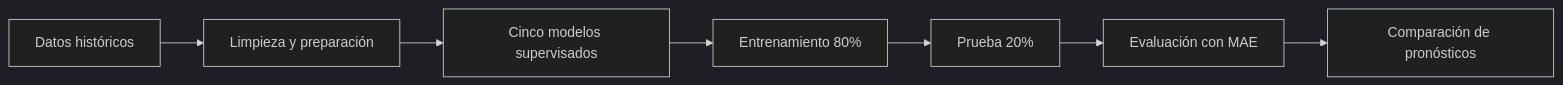
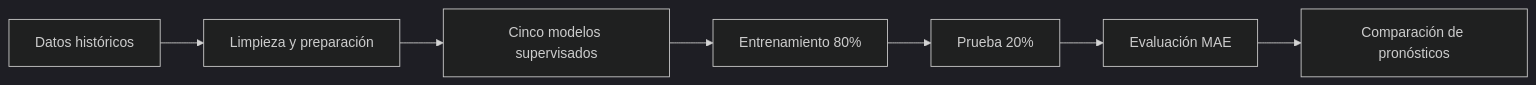
Before and after one commit to isaiassolis/crude-oil-quality-prediction: the diagram in README.md, drawn with Mermaid (dark theme). The commit also changed other lines of this file, not shown here.

````diff
--- a/README.md
+++ b/README.md
@@ -53,9 +63,9 @@
 ```mermaid
 flowchart LR
   A[Datos históricos] --> B[Limpieza y preparación]
   B --> C[Cinco modelos supervisados]
   C --> D[Entrenamiento 80%]
   D --> E[Prueba 20%]
-  E --> F[Evaluación con MAE]
+  E --> F[Evaluación MAE]
   F --> G[Comparación de pronósticos]
 ```
````
